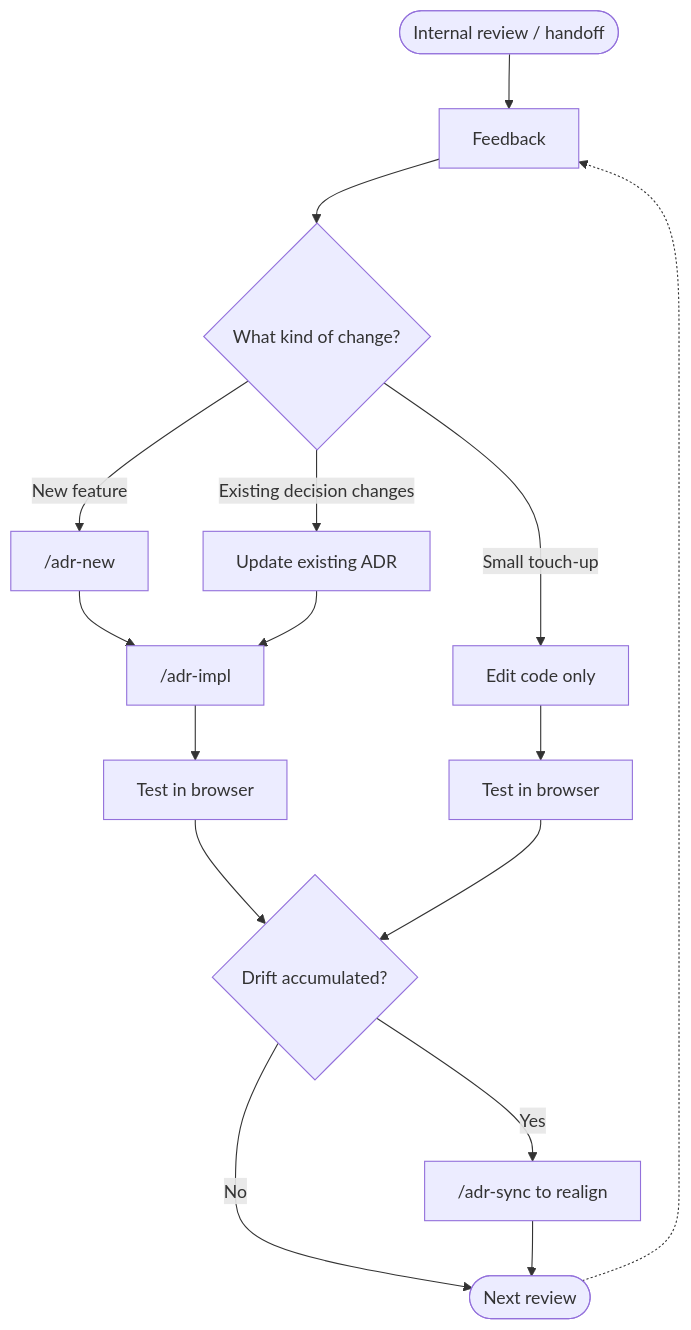
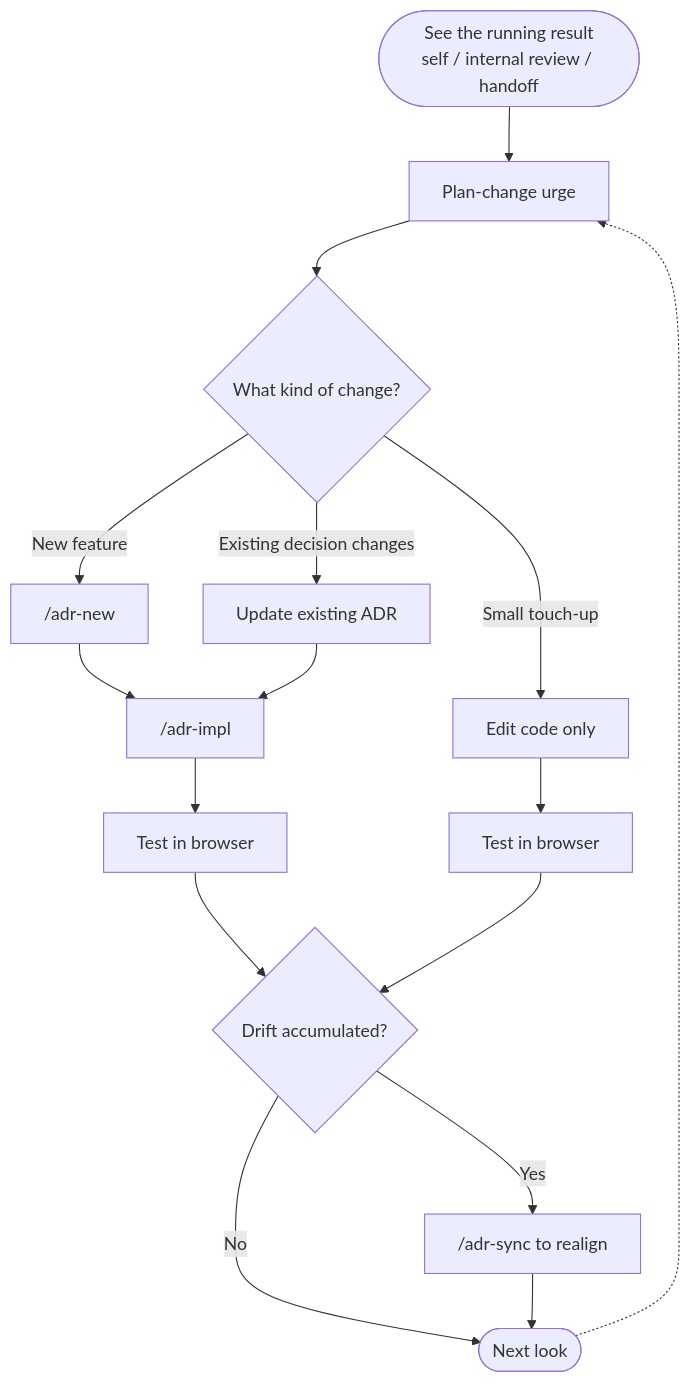
The diagram in packages/workshop/content/lab-3-development/evolve-poc.en.md (haandol/ui-poc-workspace), drawn with Mermaid before and after one commit. The commit also changed other lines of this file and 1 other file, not shown here.

Commit message:
docs(workshop): reframe evolve-poc around the fast plan→build→see→re-plan loop
The previous opener treated change requests as something that arrives only when the PoC is taken to an internal review or an engineering handoff. The actual workshop premise is broader: the moment an idea becomes a running screen — even just for the planner watching it — the urge to re-plan kicks in. Re-anchor the page on that loop, and widen the cycle diagram's entry node to cover self-review alongside internal review and handoff.

````diff
--- a/packages/workshop/content/lab-3-development/evolve-poc.en.md
+++ b/packages/workshop/content/lab-3-development/evolve-poc.en.md
@@ -73,18 +73,18 @@
 ```mermaid
 flowchart TD
-    Review([Internal review / handoff]) --> FB[Feedback]
+    Review([See the running result<br/>self / internal review / handoff]) --> FB[Plan-change urge]
     FB --> Kind{What kind of change?}
     Kind -- New feature --> New["/adr-new"]
     Kind -- Existing decision changes --> A1[Update existing ADR]
     Kind -- Small touch-up --> Code[Edit code only]
     New --> Impl["/adr-impl"]
     A1 --> Impl
     Impl --> Test1[Test in browser]
     Code --> Test2[Test in browser]
     Test1 --> Drift{Drift accumulated?}
     Test2 --> Drift
     Drift -- Yes --> Sync["/adr-sync to realign"]
-    Drift -- No --> Next([Next review])
+    Drift -- No --> Next([Next look])
     Sync --> Next
     Next -.-> FB
 ```
````
